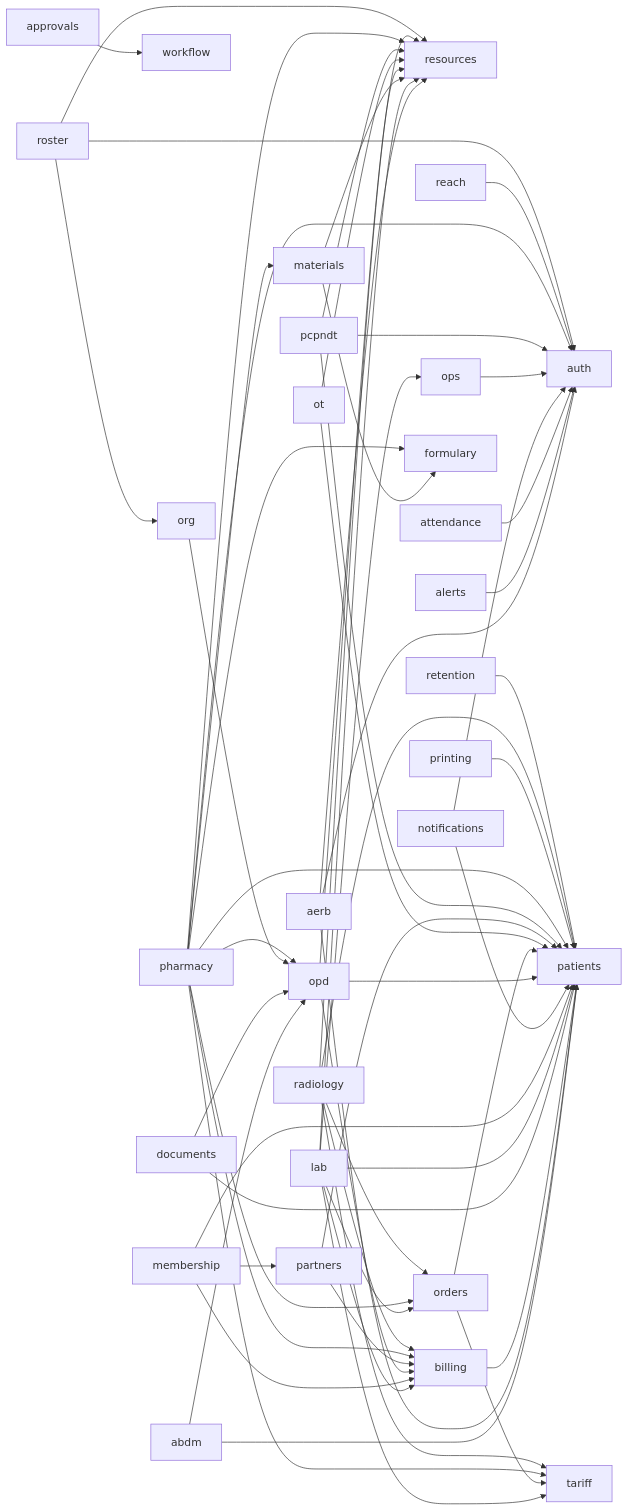
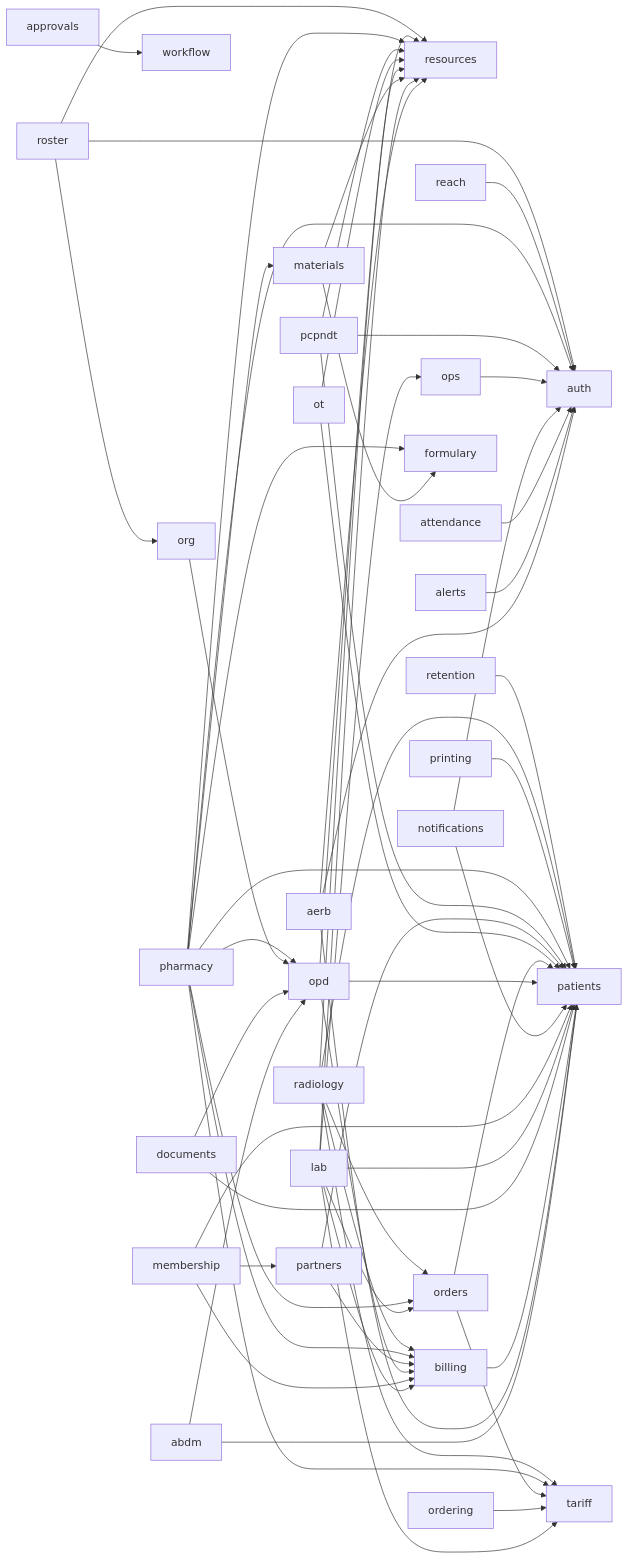
The diagram in docs/architecture/schema.md (ankits3a/hims-hmis), drawn with Mermaid before and after one commit. The commit also changed other lines of this file and 60 other files, not shown here.

````diff
--- a/docs/architecture/schema.md
+++ b/docs/architecture/schema.md
@@ -13,61 +13,62 @@
 ```mermaid
 flowchart LR
   abdm[abdm] --> opd[opd]
   abdm[abdm] --> patients[patients]
   aerb[aerb] --> auth[auth]
   aerb[aerb] --> patients[patients]
   aerb[aerb] --> resources[resources]
   alerts[alerts] --> auth[auth]
   approvals[approvals] --> workflow[workflow]
   attendance[attendance] --> auth[auth]
   billing[billing] --> patients[patients]
   documents[documents] --> opd[opd]
   documents[documents] --> patients[patients]
   lab[lab] --> billing[billing]
   lab[lab] --> ops[ops]
   lab[lab] --> orders[orders]
   lab[lab] --> patients[patients]
   lab[lab] --> resources[resources]
   lab[lab] --> tariff[tariff]
   materials[materials] --> formulary[formulary]
   materials[materials] --> resources[resources]
   membership[membership] --> billing[billing]
   membership[membership] --> partners[partners]
   membership[membership] --> patients[patients]
   notifications[notifications] --> auth[auth]
   notifications[notifications] --> patients[patients]
   opd[opd] --> billing[billing]
   opd[opd] --> patients[patients]
   opd[opd] --> resources[resources]
   ops[ops] --> auth[auth]
+  ordering[ordering] --> tariff[tariff]
   orders[orders] --> patients[patients]
   orders[orders] --> tariff[tariff]
   org[org] --> opd[opd]
   ot[ot] --> patients[patients]
   ot[ot] --> resources[resources]
   partners[partners] --> billing[billing]
   partners[partners] --> patients[patients]
   pcpndt[pcpndt] --> auth[auth]
   pcpndt[pcpndt] --> patients[patients]
   pcpndt[pcpndt] --> resources[resources]
   pharmacy[pharmacy] --> auth[auth]
   pharmacy[pharmacy] --> billing[billing]
   pharmacy[pharmacy] --> formulary[formulary]
   pharmacy[pharmacy] --> materials[materials]
   pharmacy[pharmacy] --> opd[opd]
   pharmacy[pharmacy] --> orders[orders]
   pharmacy[pharmacy] --> patients[patients]
   pharmacy[pharmacy] --> resources[resources]
   pharmacy[pharmacy] --> tariff[tariff]
   printing[printing] --> patients[patients]
   radiology[radiology] --> billing[billing]
   radiology[radiology] --> orders[orders]
   radiology[radiology] --> patients[patients]
   radiology[radiology] --> resources[resources]
   radiology[radiology] --> tariff[tariff]
   reach[reach] --> auth[auth]
   retention[retention] --> patients[patients]
   roster[roster] --> auth[auth]
   roster[roster] --> org[org]
   roster[roster] --> resources[resources]
 ```
````
